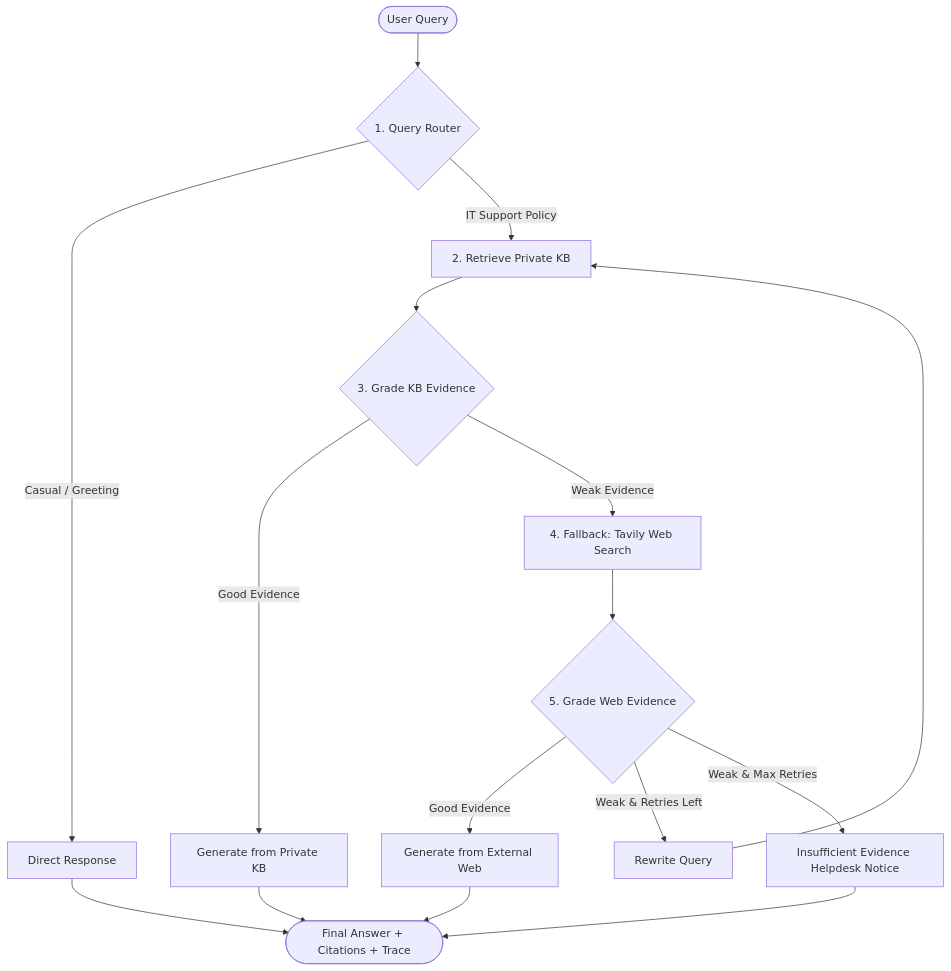
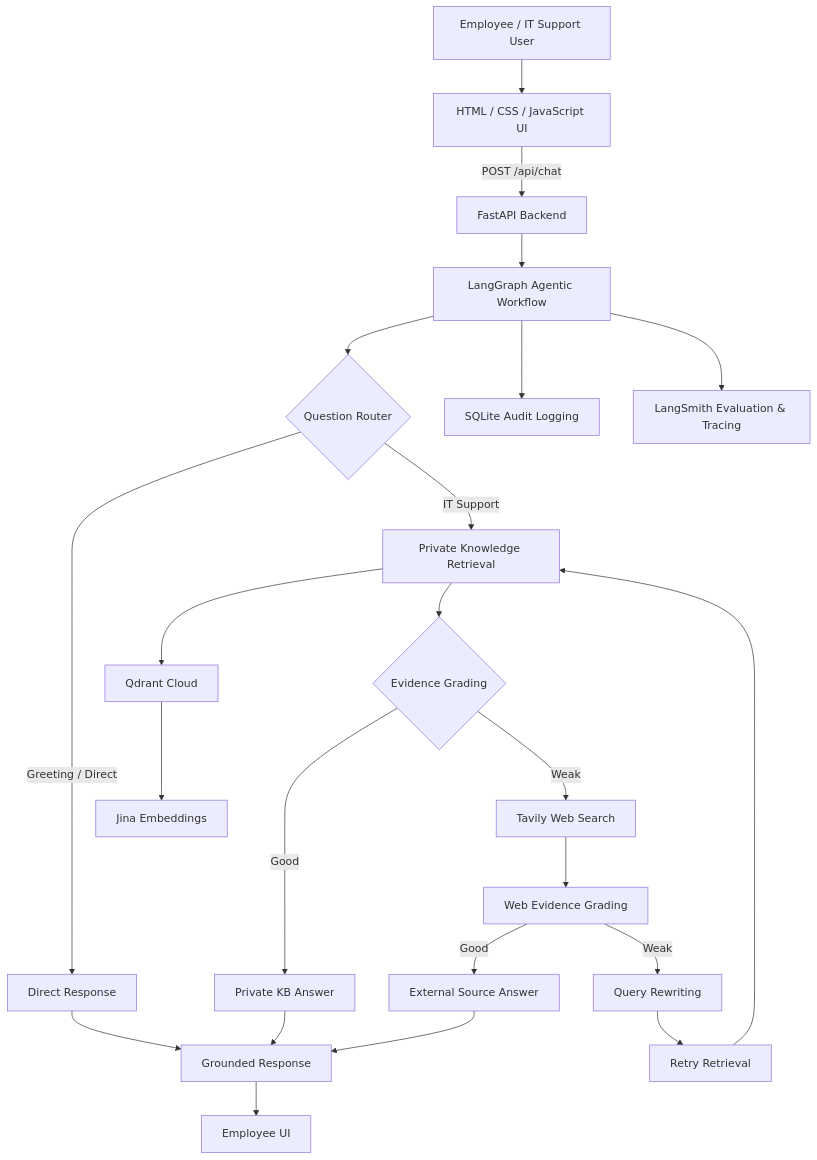
The diagram in README.md (sahilpate3345/Enterprise-IT-Support-Agentic-RAG-Copilot), drawn with Mermaid before and after one commit. The commit also changed other lines of this file, not shown here.

````diff
--- a/README.md
+++ b/README.md
@@ -11,25 +83,36 @@
 ```mermaid
 flowchart TD
-    Start([User Query]) --> Router{1. Query Router}
-    
-    Router -->|Casual / Greeting| Direct[Direct Response]
-    Router -->|IT Support Policy| RetrieveKB[2. Retrieve Private KB]
-    
-    RetrieveKB --> GradeKB{3. Grade KB Evidence}
-    
-    GradeKB -->|Good Evidence| GenKB[Generate from Private KB]
-    GradeKB -->|Weak Evidence| SearchWeb[4. Fallback: Tavily Web Search]
-    
-    SearchWeb --> GradeWeb{5. Grade Web Evidence}
-    
-    GradeWeb -->|Good Evidence| GenWeb[Generate from External Web]
-    GradeWeb -->|Weak & Retries Left| Rewrite[Rewrite Query]
-    GradeWeb -->|Weak & Max Retries| Insufficient[Insufficient Evidence Helpdesk Notice]
-    
-    Rewrite --> RetrieveKB
-    
-    GenKB --> End([Final Answer + Citations + Trace])
-    GenWeb --> End
-    Direct --> End
-    Insufficient --> End
+    A[Employee / IT Support User] --> B[HTML / CSS / JavaScript UI]
+    B -->|POST /api/chat| C[FastAPI Backend]
+    C --> D[LangGraph Agentic Workflow]
+
+    D --> E{Question Router}
+
+    E -->|Greeting / Direct| F[Direct Response]
+    E -->|IT Support| G[Private Knowledge Retrieval]
+
+    G --> H[Qdrant Cloud]
+    H --> I[Jina Embeddings]
+
+    G --> J{Evidence Grading}
+
+    J -->|Good| K[Private KB Answer]
+    J -->|Weak| L[Tavily Web Search]
+
+    L --> M[Web Evidence Grading]
+
+    M -->|Good| N[External Source Answer]
+    M -->|Weak| O[Query Rewriting]
+
+    O --> P[Retry Retrieval]
+    P --> G
+
+    K --> Q[Grounded Response]
+    N --> Q
+    F --> Q
+
+    Q --> R[Employee UI]
+
+    D --> S[SQLite Audit Logging]
+    D --> T[LangSmith Evaluation & Tracing]
 ```
````
